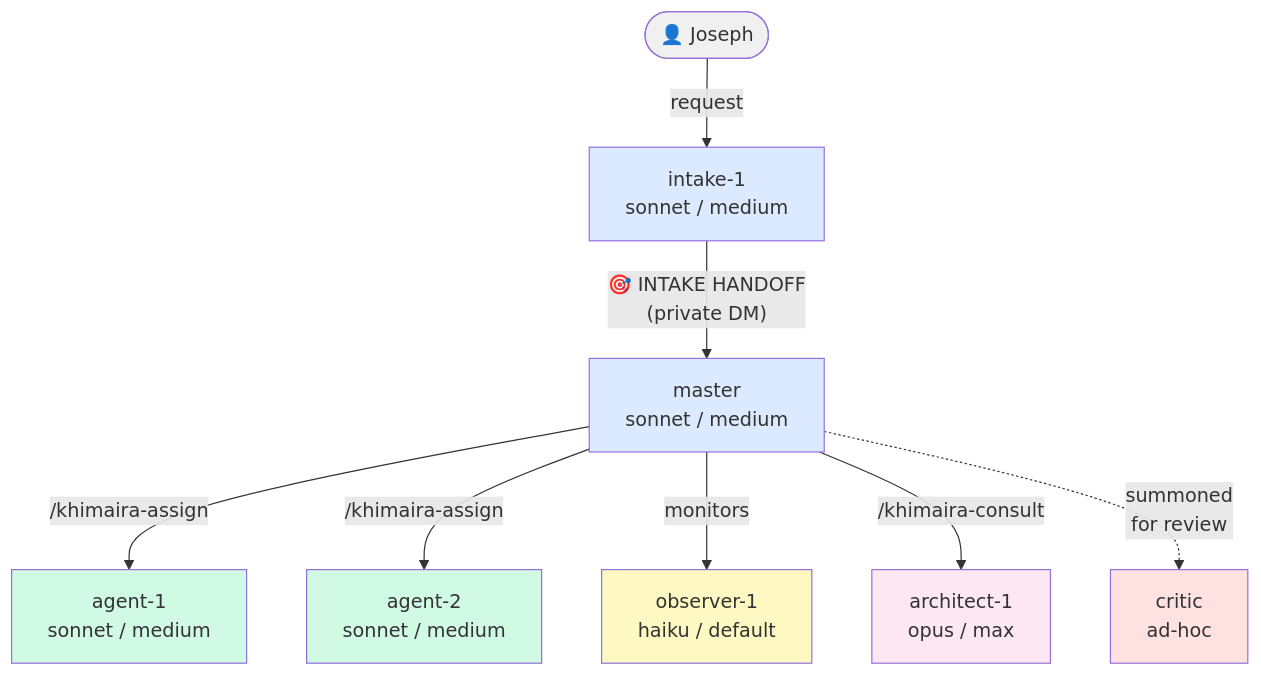
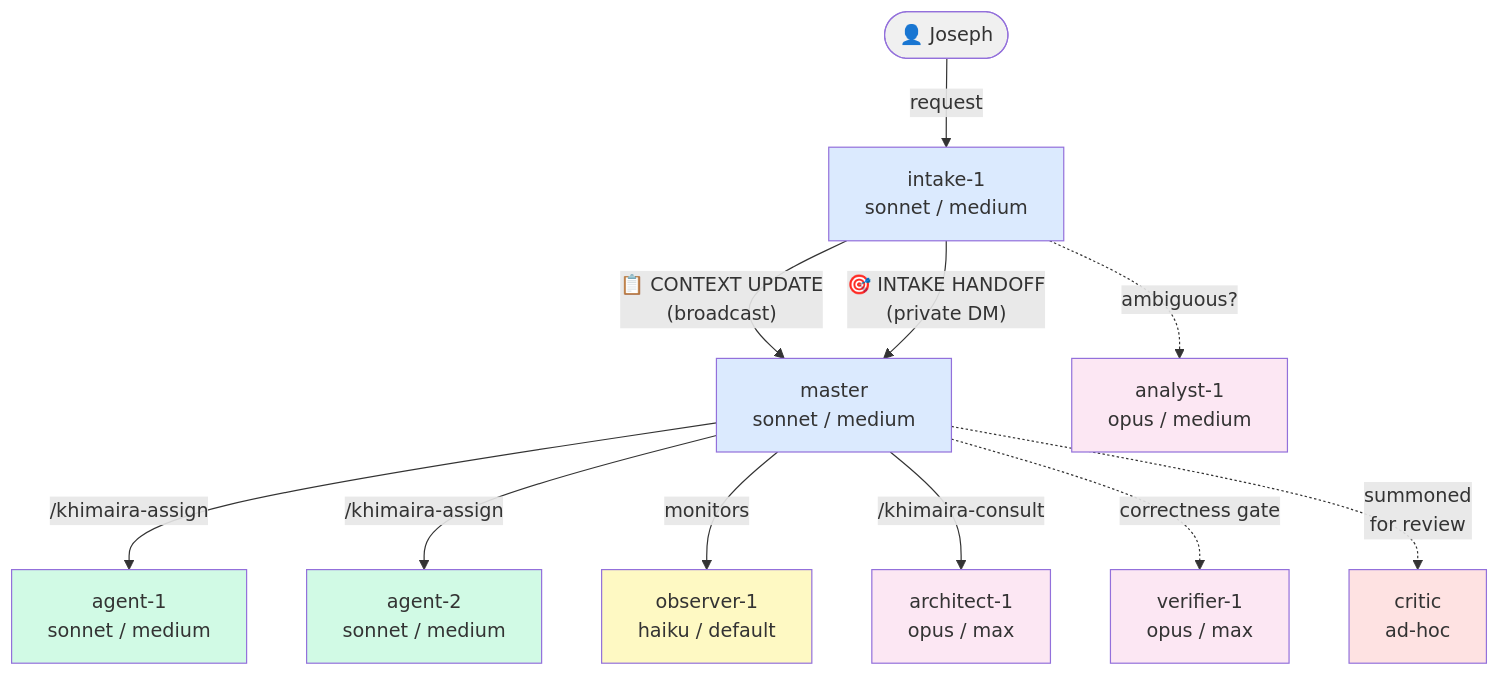
The first of 5 diagrams in README.md (fsocietydisobey/chimera), drawn with Mermaid before and after one commit. The commit also changed other lines of this file, not shown here.

First line of the commit message:
docs(readme): reflect 8-role topology, CONTEXT UPDATE protocol, roster command, Phase 10

````diff
--- a/README.md
+++ b/README.md
@@ -77,28 +77,35 @@
 ```mermaid
 flowchart TD
     Joseph(["👤 Joseph"])
     intake["intake-1\nsonnet / medium"]
     master["master\nsonnet / medium"]
     agent1["agent-1\nsonnet / medium"]
     agent2["agent-2\nsonnet / medium"]
     observer["observer-1\nhaiku / default"]
     architect["architect-1\nopus / max"]
+    analyst["analyst-1\nopus / medium"]
+    verifier["verifier-1\nopus / max"]
     critic["critic\nad-hoc"]
 
     Joseph -->|request| intake
+    intake -->|"📋 CONTEXT UPDATE\n(broadcast)"| master
     intake -->|"🎯 INTAKE HANDOFF\n(private DM)"| master
+    intake -.->|"ambiguous?"| analyst
     master -->|"/khimaira-assign"| agent1
     master -->|"/khimaira-assign"| agent2
     master -->|monitors| observer
     master -->|"/khimaira-consult"| architect
+    master -.->|"correctness gate"| verifier
     master -.->|"summoned\nfor review"| critic
 
     style Joseph fill:#f0f0f0
     style intake fill:#dbeafe
     style master fill:#dbeafe
     style agent1 fill:#d1fae5
     style agent2 fill:#d1fae5
     style observer fill:#fef9c3
     style architect fill:#fce7f3
+    style analyst fill:#fce7f3
+    style verifier fill:#fce7f3
     style critic fill:#fee2e2
 ```
````
